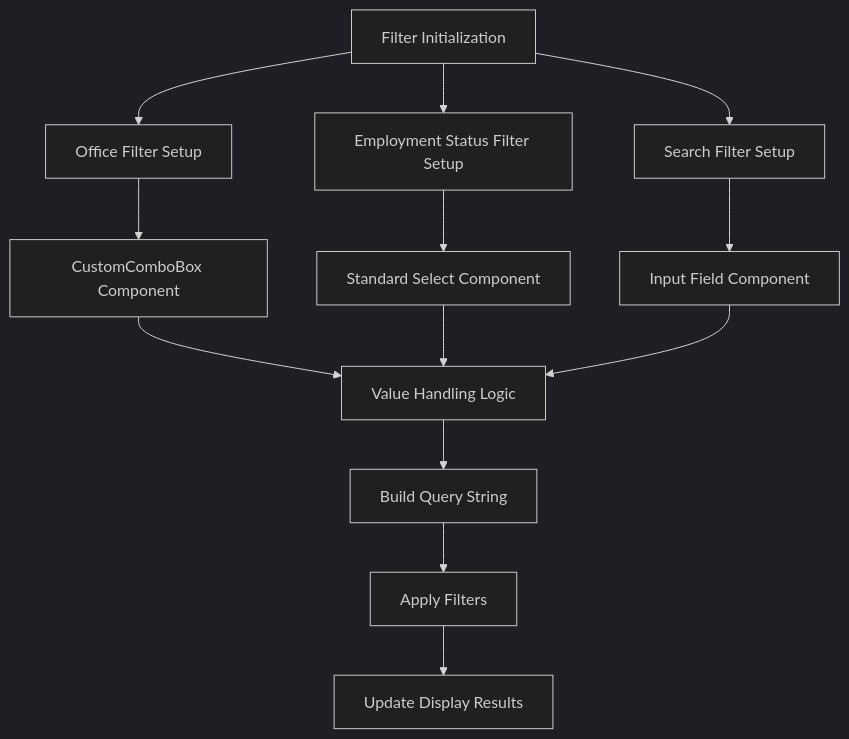
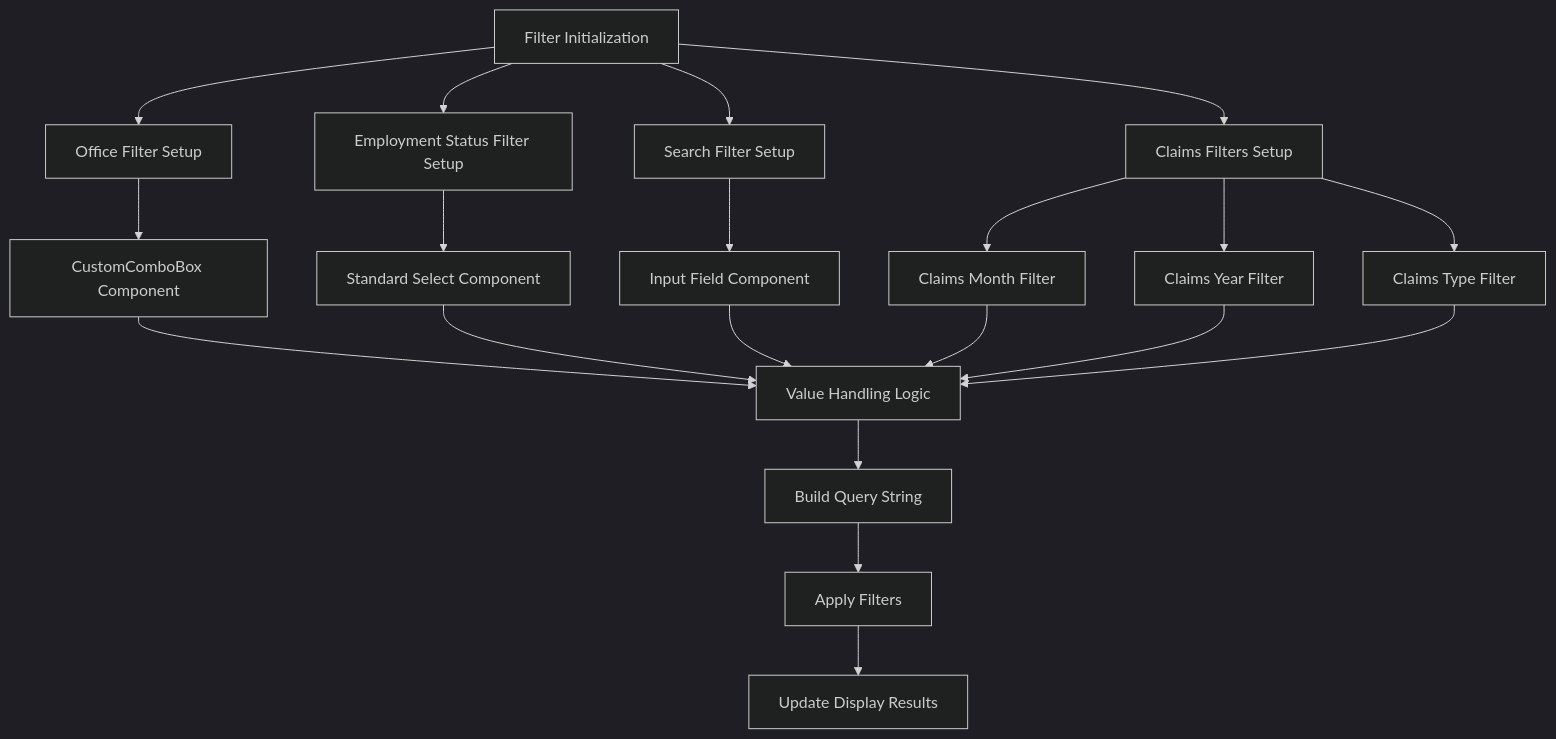
The eighth of 9 diagrams in .qoder/repowiki/en/content/Employee Management/Employee Management.md (vincet0t15/template), drawn with Mermaid (dark theme) before and after one commit. The commit also changed other lines of this file and 5 other files, not shown here.

````diff
--- a/.qoder/repowiki/en/content/Employee Management/Employee Management.md
+++ b/.qoder/repowiki/en/content/Employee Management/Employee Management.md
@@ -732,15 +992,22 @@
 ```mermaid
 flowchart TD
 FilterInit["Filter Initialization"] --> OfficeFilter["Office Filter Setup"]
 FilterInit --> StatusFilter["Employment Status Filter Setup"]
 FilterInit --> SearchFilter["Search Filter Setup"]
+FilterInit --> ClaimsFilters["Claims Filters Setup"]
 OfficeFilter --> ComboBox["CustomComboBox Component"]
 StatusFilter --> Select["Standard Select Component"]
 SearchFilter --> Input["Input Field Component"]
+ClaimsFilters --> MonthFilter["Claims Month Filter"]
+ClaimsFilters --> YearFilter["Claims Year Filter"]
+ClaimsFilters --> TypeFilter["Claims Type Filter"]
 ComboBox --> ValueHandling["Value Handling Logic"]
 Select --> ValueHandling
 Input --> ValueHandling
+MonthFilter --> ValueHandling
+YearFilter --> ValueHandling
+TypeFilter --> ValueHandling
 ValueHandling --> QueryString["Build Query String"]
 QueryString --> ApplyFilters["Apply Filters"]
 ApplyFilters --> UpdateResults["Update Display Results"]
 ```
````
